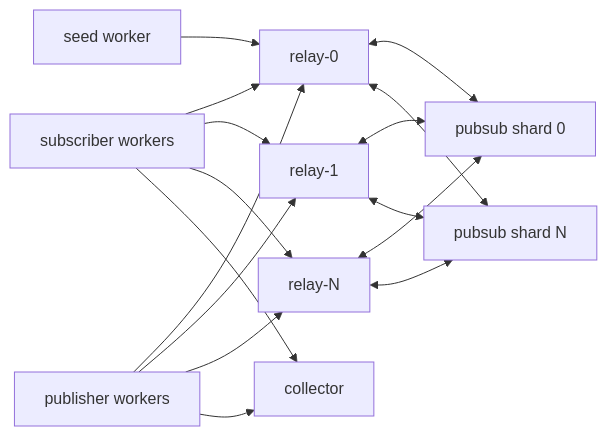
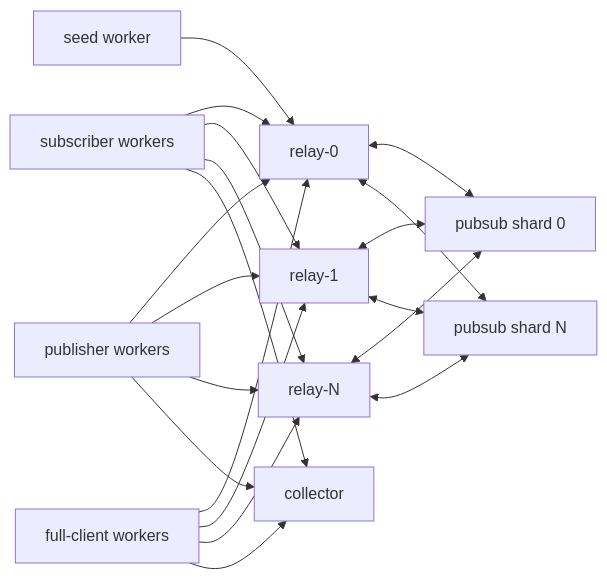
Before and after one commit to ryanhlewis/Commons-Guild-Protocol: the diagram in loadnet/README.md, drawn with Mermaid. The commit also changed other lines of this file and 21 other files, not shown here.

````diff
--- a/loadnet/README.md
+++ b/loadnet/README.md
@@ -144,28 +180,33 @@
 ```mermaid
 flowchart LR
   PubSub0["pubsub shard 0"]
   PubSubN["pubsub shard N"]
   Seed["seed worker"]
   Collector["collector"]
   Relay0["relay-0"]
   Relay1["relay-1"]
   RelayN["relay-N"]
   Sub["subscriber workers"]
   Pub["publisher workers"]
+  Full["full-client workers"]
 
   Relay0 <--> PubSub0
   Relay0 <--> PubSubN
   Relay1 <--> PubSub0
   Relay1 <--> PubSubN
   RelayN <--> PubSub0
   RelayN <--> PubSubN
   Seed --> Relay0
   Sub --> Relay0
   Sub --> Relay1
   Sub --> RelayN
   Pub --> Relay0
   Pub --> Relay1
   Pub --> RelayN
+  Full --> Relay0
+  Full --> Relay1
+  Full --> RelayN
   Sub --> Collector
   Pub --> Collector
+  Full --> Collector
 ```
````
